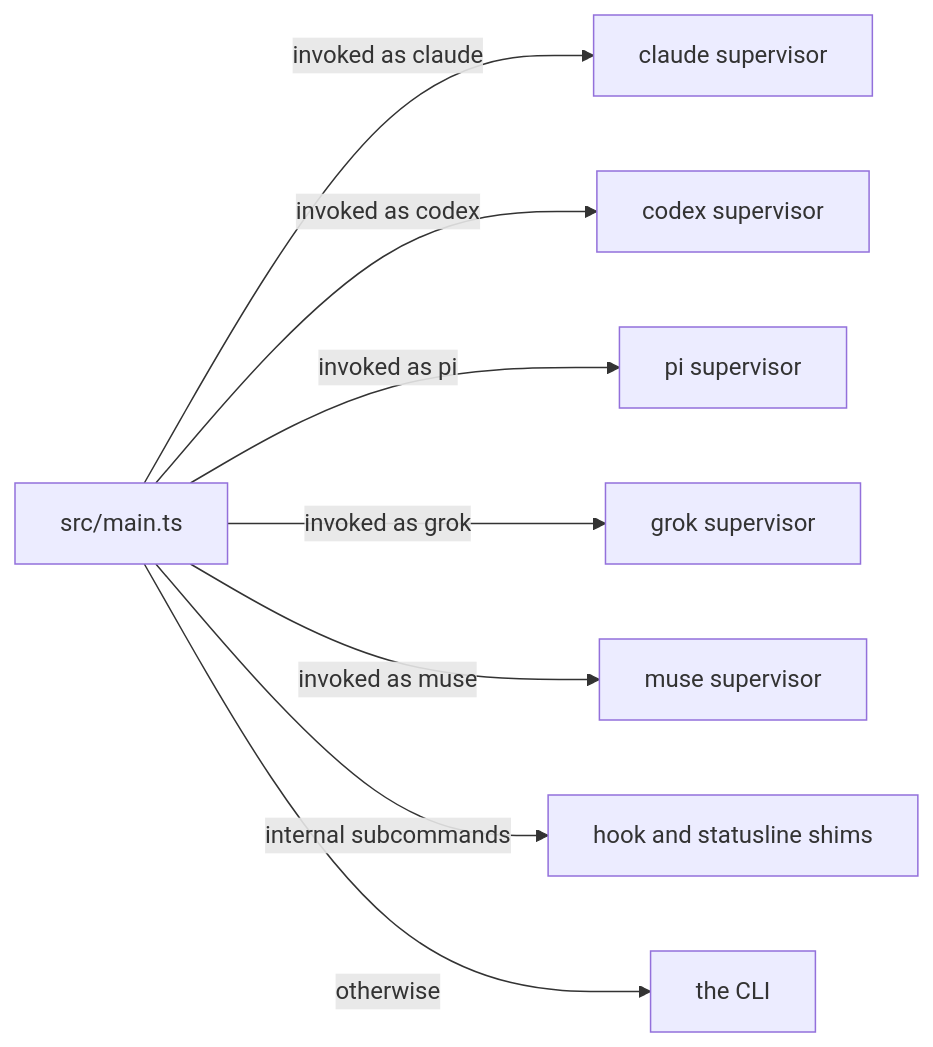
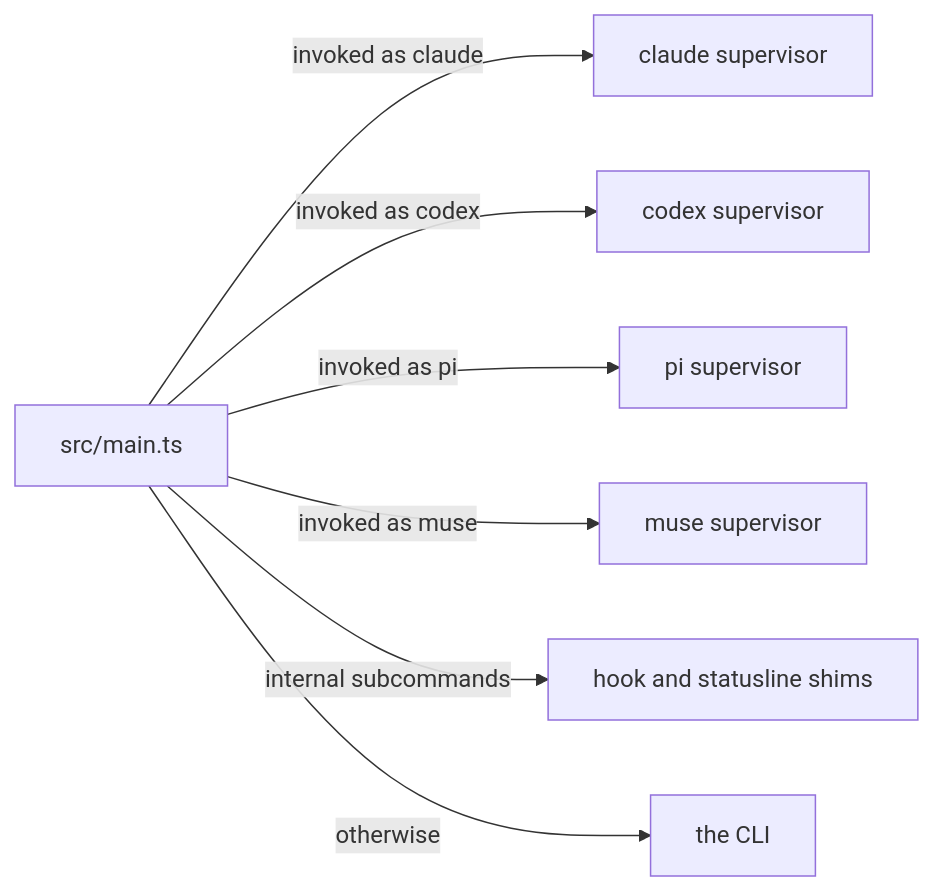
One commit to anaclumos/tokenmaxxing changed the first of 10 diagrams in docs/content/docs/architecture.mdx. Above: the diagram before and after it, drawn with Mermaid. The commit also changed other lines of this file and 42 other files, not shown here.

````diff
--- a/docs/content/docs/architecture.mdx
+++ b/docs/content/docs/architecture.mdx
@@ -8,10 +8,9 @@
 ```mermaid
 flowchart LR
   main["src/main.ts"] -->|"invoked as claude"| cs["claude supervisor"]
   main -->|"invoked as codex"| xs["codex supervisor"]
   main -->|"invoked as pi"| ps["pi supervisor"]
-  main -->|"invoked as grok"| gs["grok supervisor"]
   main -->|"invoked as muse"| ms["muse supervisor"]
   main -->|"internal subcommands"| sh["hook and statusline shims"]
   main -->|"otherwise"| cli["the CLI"]
 ```
````
